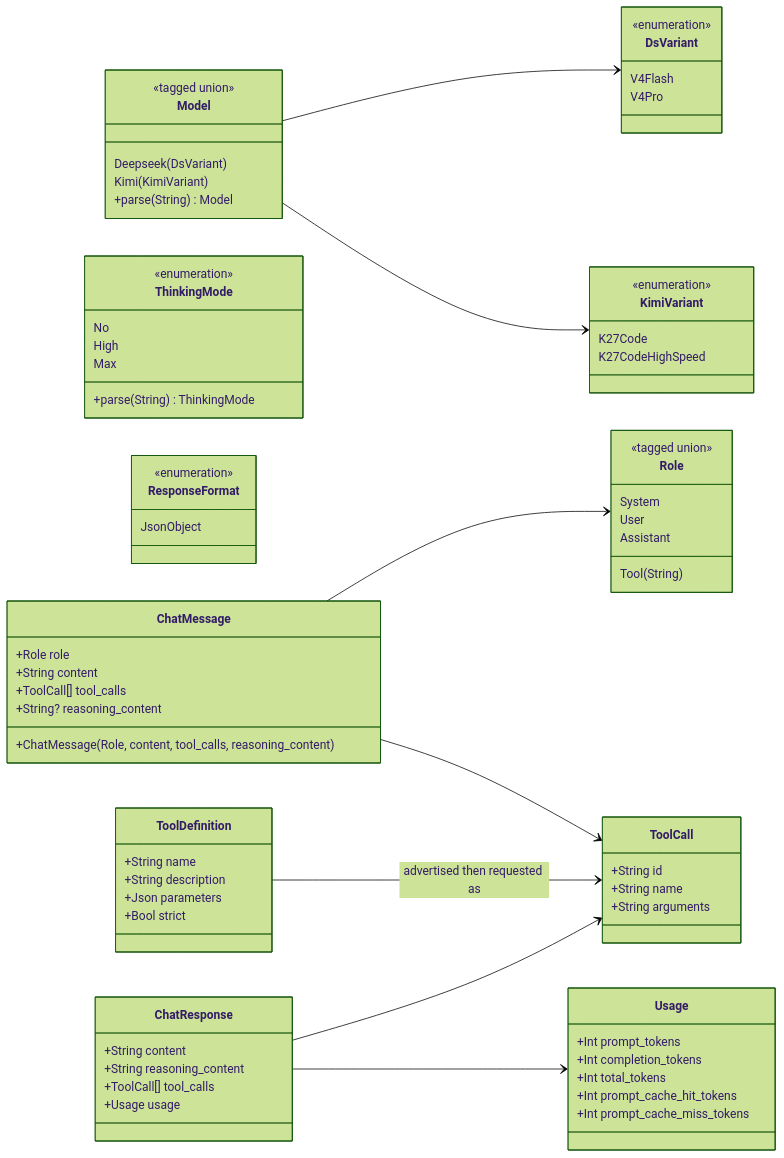
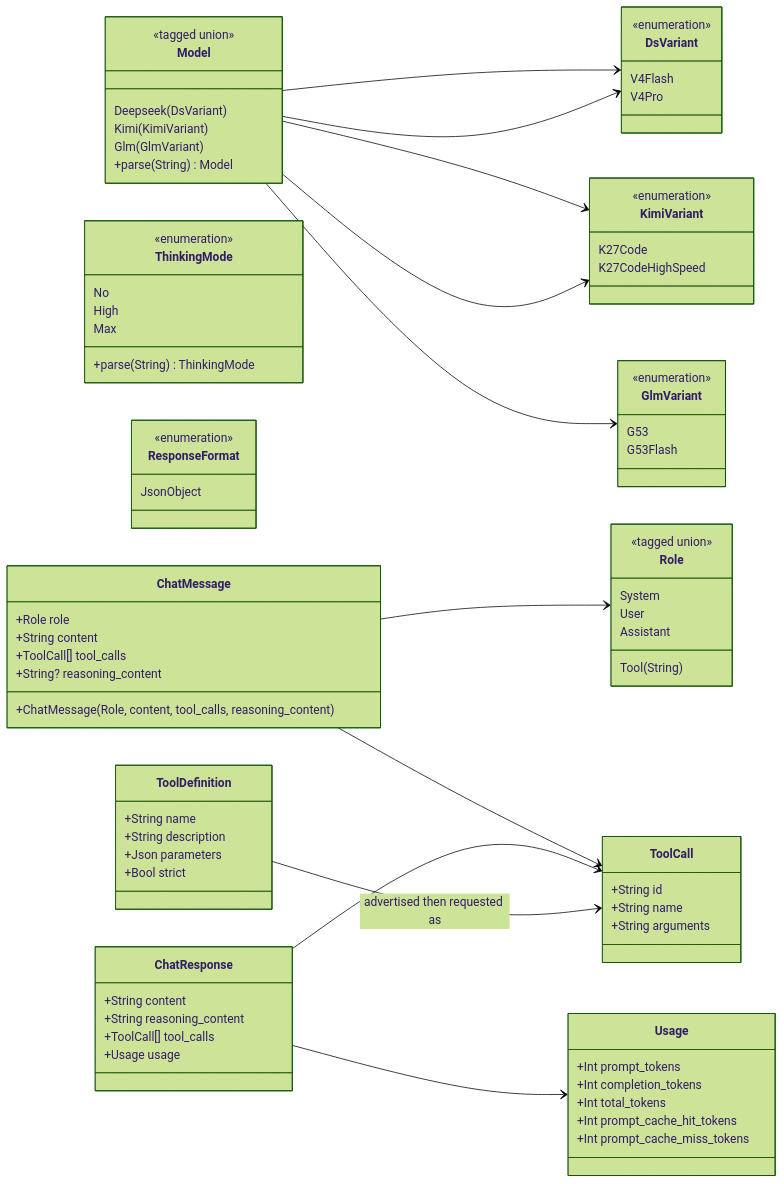
The second of 4 diagrams in deepseek/README.mbt.md (0717lee/openseek), drawn with Mermaid (forest theme) before and after one commit. The commit also changed other lines of this file and 26 other files, not shown here.

```diff
--- a/deepseek/README.mbt.md
+++ b/deepseek/README.mbt.md
@@ -70,6 +73,7 @@
     <<tagged union>>
     Deepseek(DsVariant)
     Kimi(KimiVariant)
+    Glm(GlmVariant)
     +parse(String) Model
   }
 
@@ -84,6 +88,16 @@
     K27Code
     K27CodeHighSpeed
   }
+
+  class GlmVariant {
+    <<enumeration>>
+    G53
+    G53Flash
+  }
+
+  Model --> DsVariant
+  Model --> KimiVariant
+  Model --> GlmVariant
 
   class ThinkingMode {
     <<enumeration>>
```
